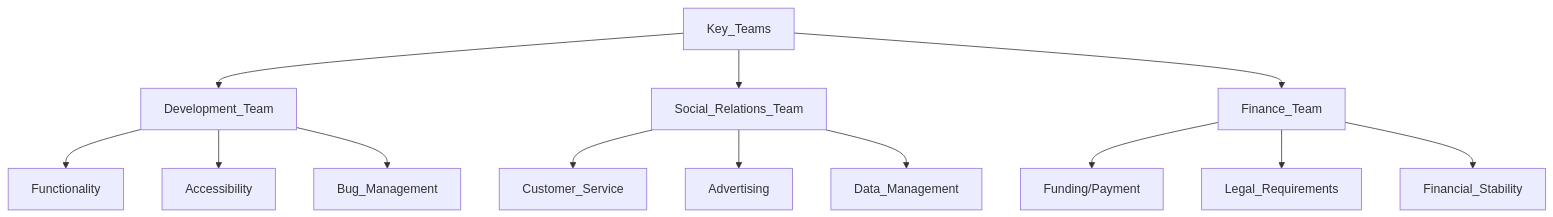
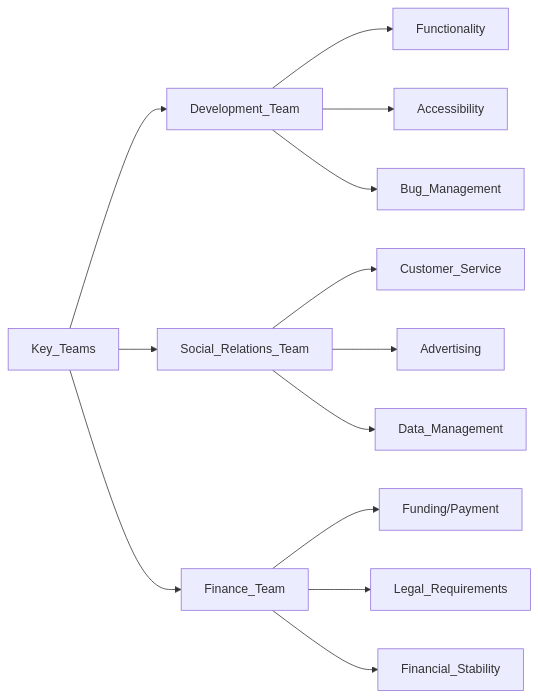
The diagram in README.md (conotoium/BusinessCharts), drawn with Mermaid before and after one commit.

````diff
--- a/README.md
+++ b/README.md
@@ -1,15 +1,15 @@
 ```mermaid
-graph TD;
+graph LR;
     Key_Teams-->Development_Team;
     Key_Teams-->Social_Relations_Team;
     Key_Teams-->Finance_Team;
     Development_Team-->Functionality;
     Development_Team-->Accessibility;
     Development_Team-->Bug_Management;
     Social_Relations_Team-->Customer_Service;
     Social_Relations_Team-->Advertising;
     Social_Relations_Team-->Data_Management;
     Finance_Team-->Funding/Payment;
     Finance_Team-->Legal_Requirements;
     Finance_Team-->Financial_Stability;
 ```
````
